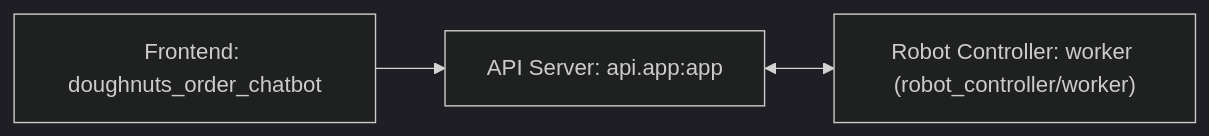
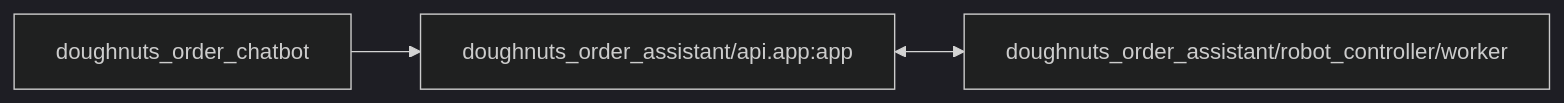
Before and after one commit to masato-ka/GreateAkihabra_9_AMDOpenRoboticsHackathon: the first of 2 diagrams in mission2/code/README.md, drawn with Mermaid (dark theme). The commit also changed other lines of this file and 4 other files, not shown here.

````diff
--- a/mission2/code/README.md
+++ b/mission2/code/README.md
@@ -10,9 +10,9 @@
 ```mermaid
 flowchart LR
-    FE["Frontend: doughnuts_order_chatbot"]
-    API["API Server: api.app:app"]
-    WK["Robot Controller: worker (robot_controller/worker)"]
+    FE[doughnuts_order_chatbot]
+    API[doughnuts_order_assistant/api.app:app]
+    WK[doughnuts_order_assistant/robot_controller/worker]
 
     FE --> API
     API <--> WK
 ```
````
